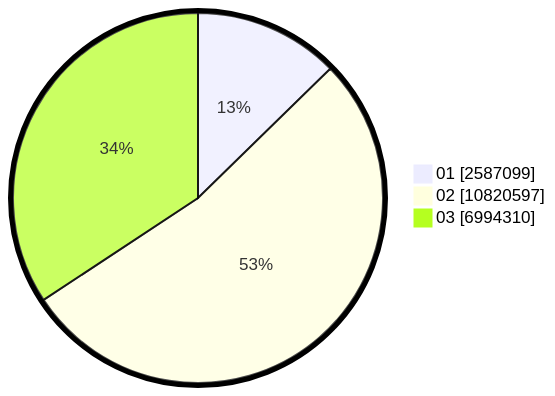
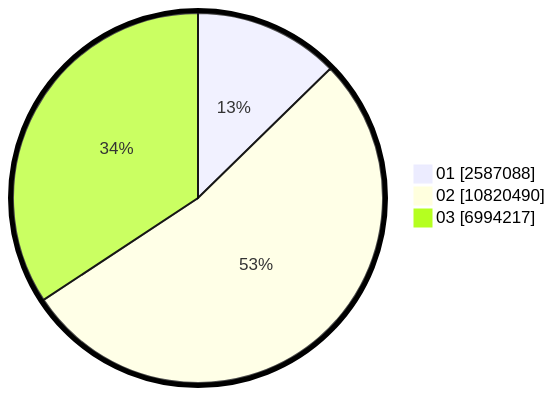
The second of 2 diagrams in pilpres/hitung-suara/sub/table-wilayah-33.md (gigit-pemilu/pemilu-2024), drawn with Mermaid before and after one commit. The commit also changed other lines of this file and 7 other files, not shown here.

````diff
--- a/pilpres/hitung-suara/sub/table-wilayah-33.md
+++ b/pilpres/hitung-suara/sub/table-wilayah-33.md
@@ -15,7 +15,7 @@
 ```mermaid
 %%{init: {"pie": {"textPosition": 0.5}, "themeVariables": {"pieOuterStrokeWidth": "5px"}} }%%
 pie showData
-    "01" : 2587099
-    "02" : 10820597
-    "03" : 6994310
+    "01" : 2587088
+    "02" : 10820490
+    "03" : 6994217
 ```
````
